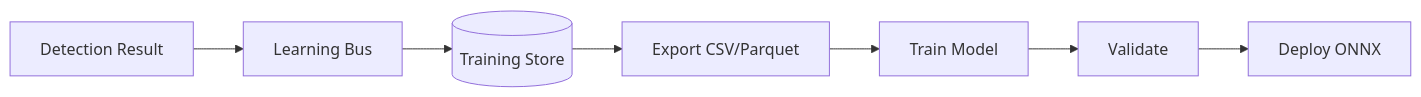
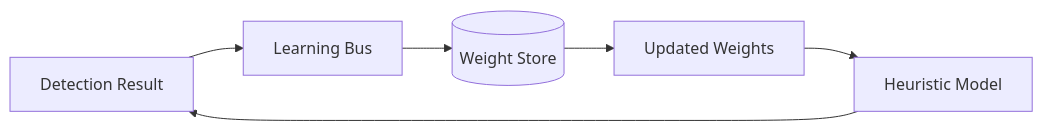
One commit to scottgal/mostlylucid.nugetpackages changed the third of 6 diagrams in Mostlylucid.BotDetection/docs/ai-detection.md. Above: the diagram before and after it, drawn with Mermaid. The commit also changed other lines of this file and 59 other files, not shown here.

````diff
--- a/Mostlylucid.BotDetection/docs/ai-detection.md
+++ b/Mostlylucid.BotDetection/docs/ai-detection.md
@@ -252,9 +229,8 @@
 ```mermaid
 flowchart LR
     Detection[Detection Result] --> Bus[Learning Bus]
-    Bus --> Store[(Training Store)]
-    Store --> Export[Export CSV/Parquet]
-    Export --> Train[Train Model]
-    Train --> Validate[Validate]
-    Validate --> Deploy[Deploy ONNX]
+    Bus --> Store[(Weight Store)]
+    Store --> Weights[Updated Weights]
+    Weights --> Model[Heuristic Model]
+    Model --> Detection
 ```
````
